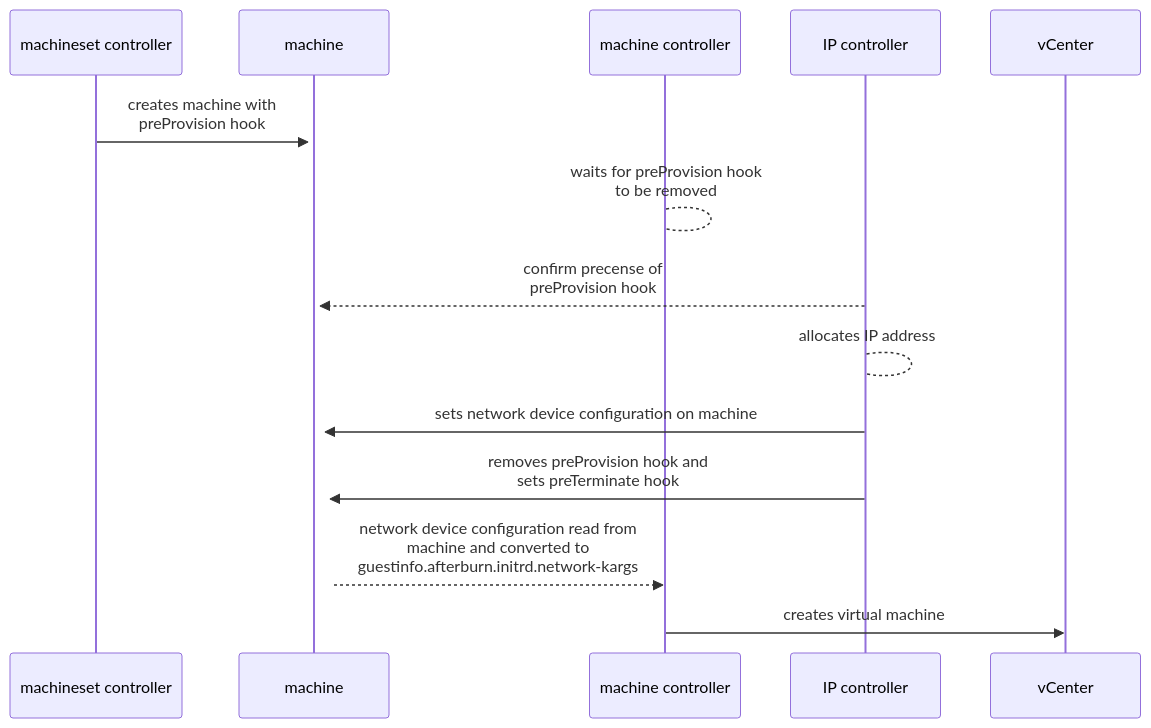
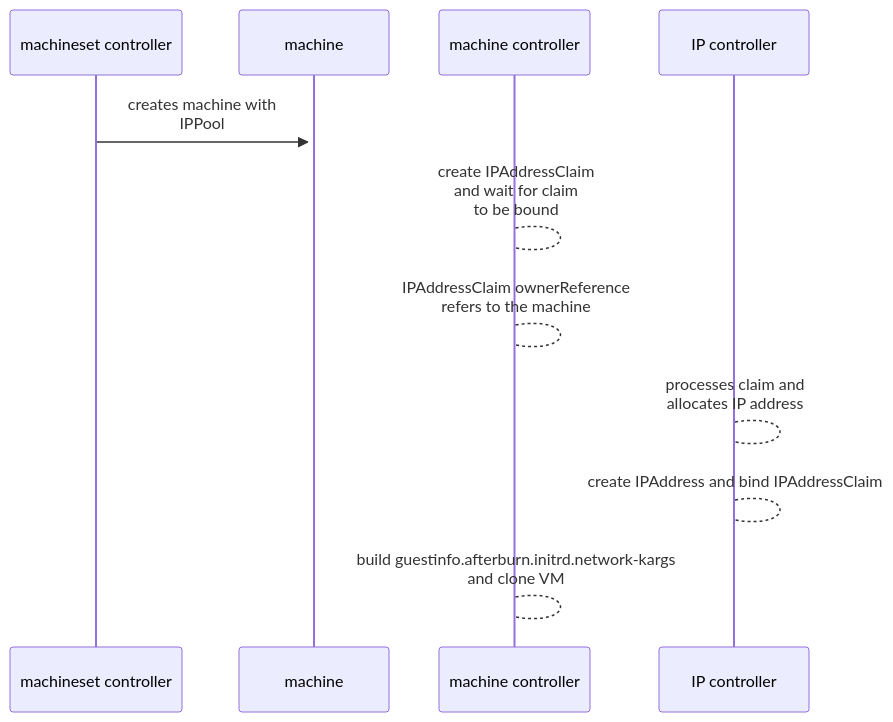
The diagram in enhancements/network/static-ip-addresses-vsphere.md (openshift/enhancements), drawn with Mermaid before and after one commit. The commit also changed other lines of this file, not shown here.

```diff
--- a/enhancements/network/static-ip-addresses-vsphere.md
+++ b/enhancements/network/static-ip-addresses-vsphere.md
@@ -342,11 +325,9 @@
 ~~~mermaid
 sequenceDiagram
-    machineset controller->>+machine: creates machine with<br> preProvision hook
-    machine controller-->machine controller: waits for preProvision hook<br>to be removed
-    IP controller-->>+machine: confirm precense of<br>preProvision hook
-    IP controller-->IP controller: allocates IP address
-    IP controller->>+machine: sets network device configuration on machine
-    IP controller->>+machine: removes preProvision hook and<br>sets preTerminate hook
-    machine-->>machine controller: network device configuration read from <br>machine and converted to<br>guestinfo.afterburn.initrd.network-kargs
-    machine controller->>vCenter: creates virtual machine
+    machineset controller->>+machine: creates machine with<br> IPPool
+    machine controller-->machine controller: create IPAddressClaim<br>and wait for claim<br>to be bound
+    machine controller-->machine controller: IPAddressClaim ownerReference<br>refers to the machine
+    IP controller-->IP controller: processes claim and<br>allocates IP address    
+    IP controller-->IP controller: create IPAddress and bind IPAddressClaim
+    machine controller-->machine controller: build guestinfo.afterburn.initrd.network-kargs<br>and clone VM
 ~~~
```
